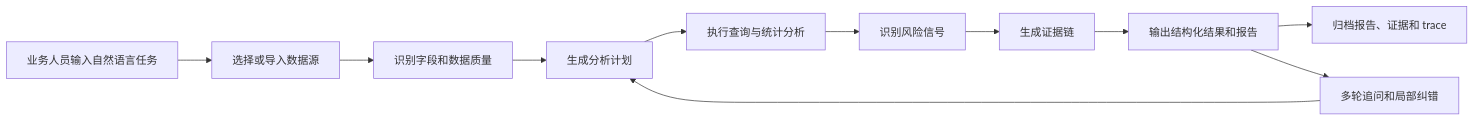
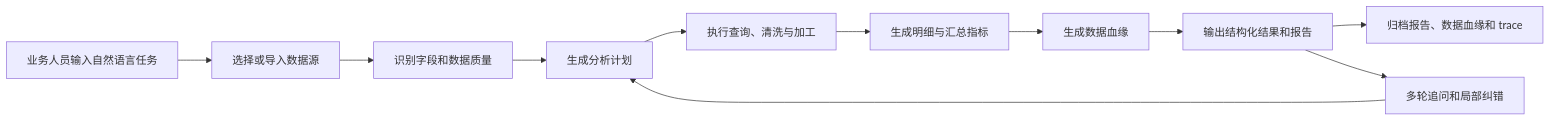
One commit to yuzili333/lifecycle-x changed the diagram in docs/BRD.md. Above: the diagram before and after it, drawn with Mermaid. The commit also changed other lines of this file and 26 other files, not shown here.

````diff
--- a/docs/BRD.md
+++ b/docs/BRD.md
@@ -115,13 +115,13 @@
 ```mermaid
 flowchart LR
   A["业务人员输入自然语言任务"] --> B["选择或导入数据源"]
   B --> C["识别字段和数据质量"]
   C --> D["生成分析计划"]
-  D --> E["执行查询与统计分析"]
-  E --> F["识别风险信号"]
-  F --> G["生成证据链"]
+  D --> E["执行查询、清洗与加工"]
+  E --> F["生成明细与汇总指标"]
+  F --> G["生成数据血缘"]
   G --> H["输出结构化结果和报告"]
-  H --> I["归档报告、证据和 trace"]
+  H --> I["归档报告、数据血缘和 trace"]
   H --> J["多轮追问和局部纠错"]
   J --> D
 ```
````
